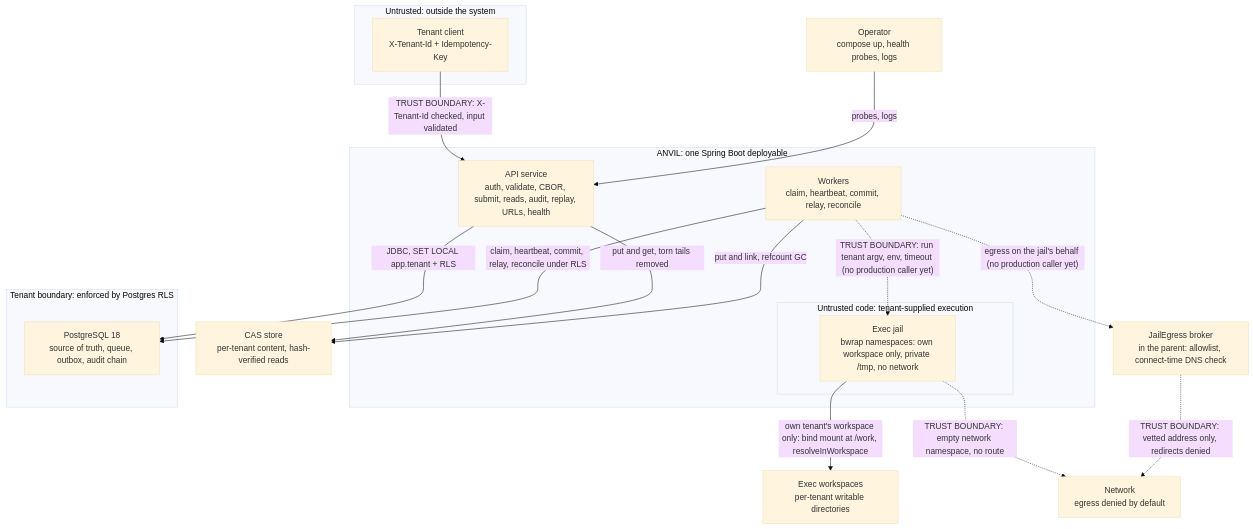
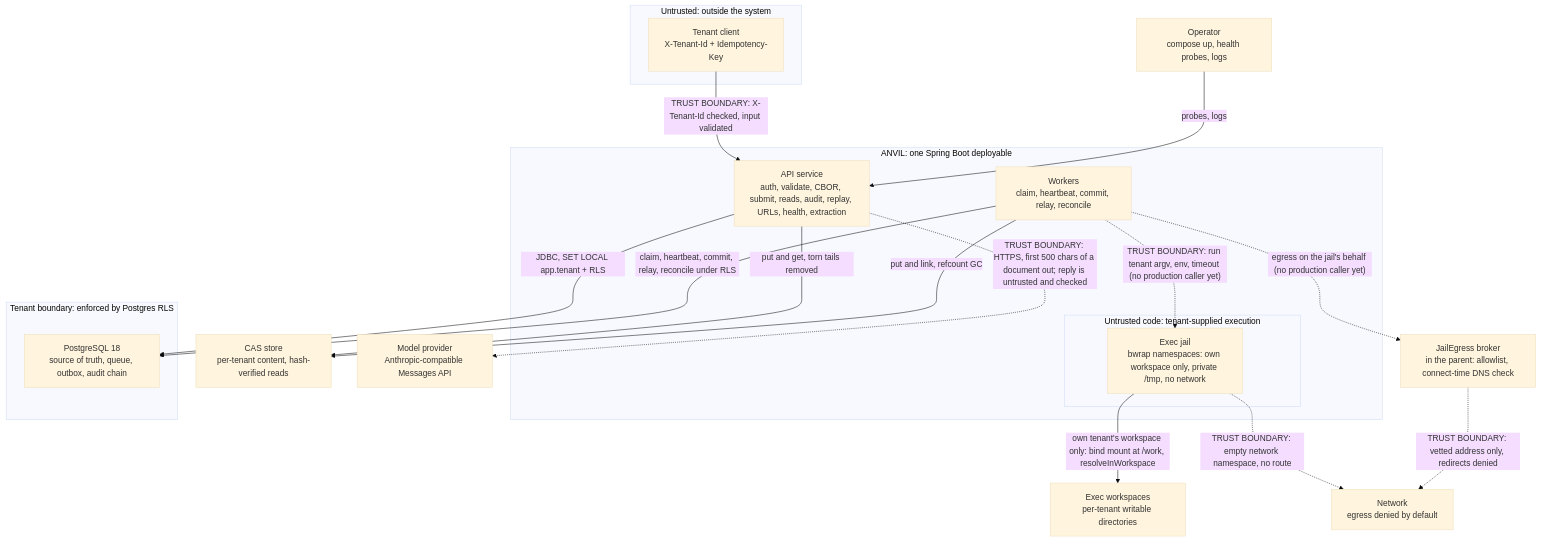
The diagram in docs/architecture/containers.mmd (G1DO/anvil), drawn with Mermaid (base theme) before and after one commit. The commit also changed 6 other files, not shown here.

First line of the commit message:
Record single bounded extraction: decision 0022, threat model, README, diagrams

```diff
--- a/docs/architecture/containers.mmd
+++ b/docs/architecture/containers.mmd
@@ -1,30 +1,32 @@
 flowchart TB
     subgraph untrusted["Untrusted: outside the system"]
         tenantClient["Tenant client<br/>X-Tenant-Id + Idempotency-Key"]
     end
     operator["Operator<br/>compose up, health probes, logs"]
     subgraph anvil["ANVIL: one Spring Boot deployable"]
-        api["API service<br/>auth, validate, CBOR, submit, reads, audit, replay, URLs, health"]
+        api["API service<br/>auth, validate, CBOR, submit, reads, audit, replay, URLs, health, extraction"]
         workers["Workers<br/>claim, heartbeat, commit, relay, reconcile"]
         subgraph jailZone["Untrusted code: tenant-supplied execution"]
             jail["Exec jail<br/>bwrap namespaces: own workspace only, private /tmp, no network"]
         end
     end
     subgraph tenantData["Tenant boundary: enforced by Postgres RLS"]
         postgres["PostgreSQL 18<br/>source of truth, queue, outbox, audit chain"]
     end
     casStore["CAS store<br/>per-tenant content, hash-verified reads"]
     execWorkspaces["Exec workspaces<br/>per-tenant writable directories"]
     network["Network<br/>egress denied by default"]
+    llm["Model provider<br/>Anthropic-compatible Messages API"]
     broker["JailEgress broker<br/>in the parent: allowlist, connect-time DNS check"]
     tenantClient -->|"TRUST BOUNDARY: X-Tenant-Id checked, input validated"| api
     operator -->|probes, logs| api
     api -->|"JDBC, SET LOCAL app.tenant + RLS"| postgres
     workers -->|"claim, heartbeat, commit, relay, reconcile under RLS"| postgres
     api -->|put and get, torn tails removed| casStore
+    api -.->|"TRUST BOUNDARY: HTTPS, first 500 chars of a document out; reply is untrusted and checked"| llm
     workers -->|put and link, refcount GC| casStore
     workers -.->|"TRUST BOUNDARY: run tenant argv, env, timeout (no production caller yet)"| jail
     jail -->|"own tenant's workspace only: bind mount at /work, resolveInWorkspace"| execWorkspaces
     jail -.->|"TRUST BOUNDARY: empty network namespace, no route"| network
     workers -.->|"egress on the jail's behalf (no production caller yet)"| broker
     broker -.->|"TRUST BOUNDARY: vetted address only, redirects denied"| network
```
